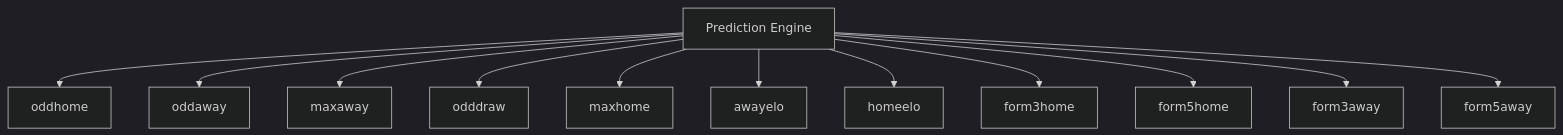
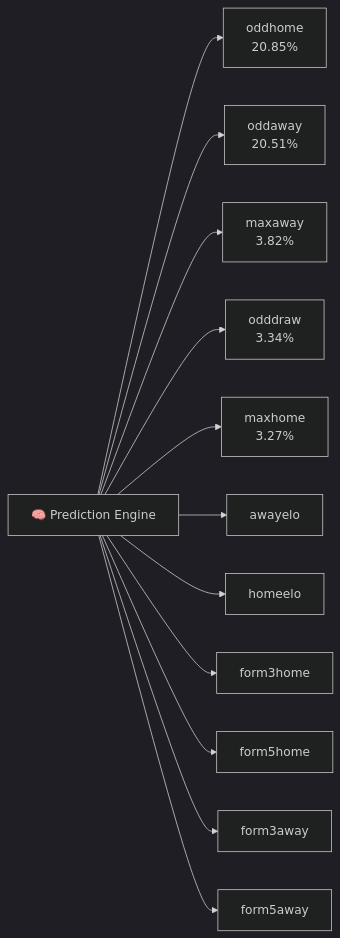
Before and after one commit to sai-ganesh-4539/StatVault: the third of 11 diagrams in Match_Prediction_Intelligence.md, drawn with Mermaid (dark theme). The commit also changed other lines of this file, not shown here.

````diff
--- a/Match_Prediction_Intelligence.md
+++ b/Match_Prediction_Intelligence.md
@@ -167,22 +160,21 @@
 ```mermaid
-graph TD
+graph LR
 
-A[Prediction Engine]
+A["🧠 Prediction Engine"]
 
-A --> B[oddhome]
-A --> C[oddaway]
+A --> B["oddhome<br>20.85%"]
+A --> C["oddaway<br>20.51%"]
 
-A --> D[maxaway]
-A --> E[odddraw]
+A --> D["maxaway<br>3.82%"]
+A --> E["odddraw<br>3.34%"]
+A --> F["maxhome<br>3.27%"]
 
-A --> F[maxhome]
+A --> G["awayelo"]
+A --> H["homeelo"]
 
-A --> G[awayelo]
-A --> H[homeelo]
+A --> I["form3home"]
+A --> J["form5home"]
 
-A --> I[form3home]
-A --> J[form5home]
-
-A --> K[form3away]
-A --> L[form5away]
+A --> K["form3away"]
+A --> L["form5away"]
 ```
````
